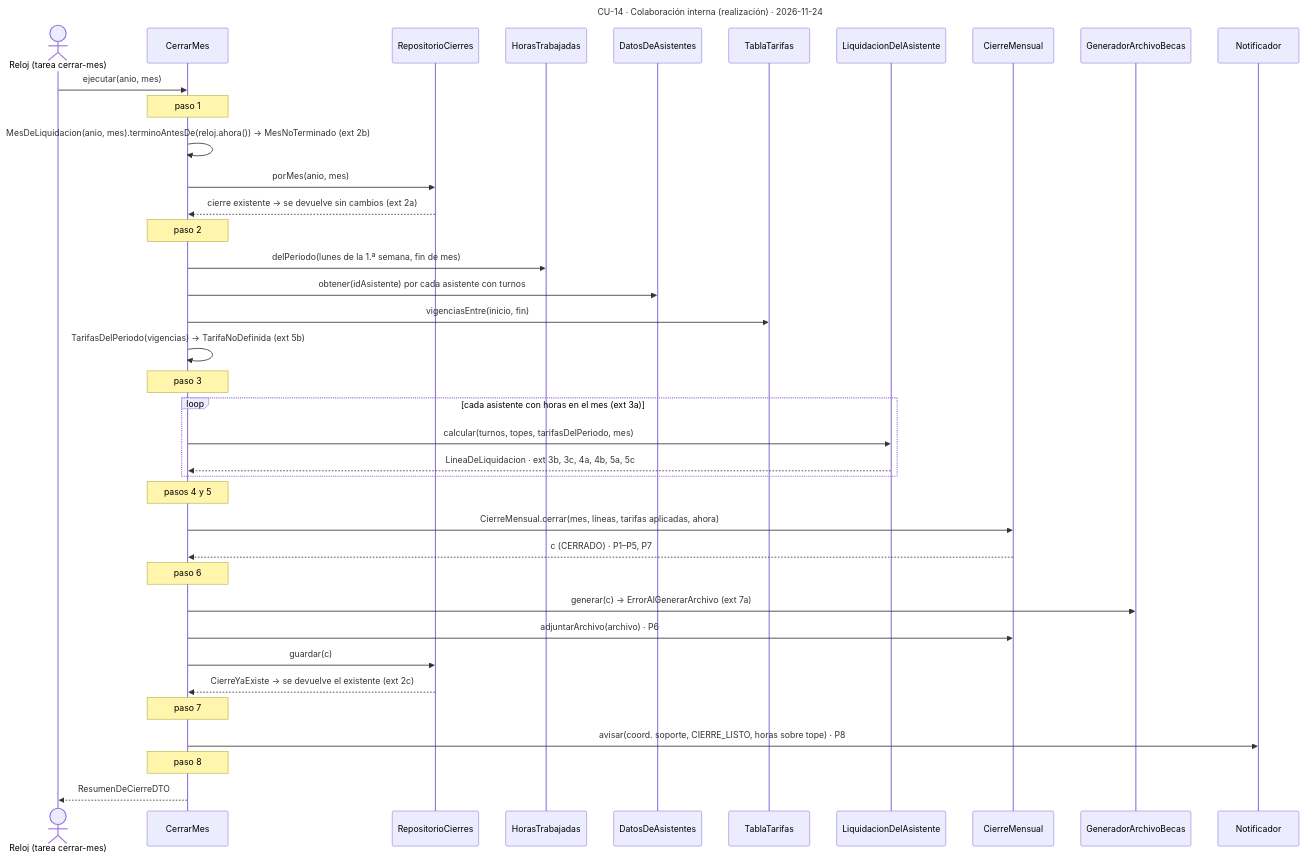
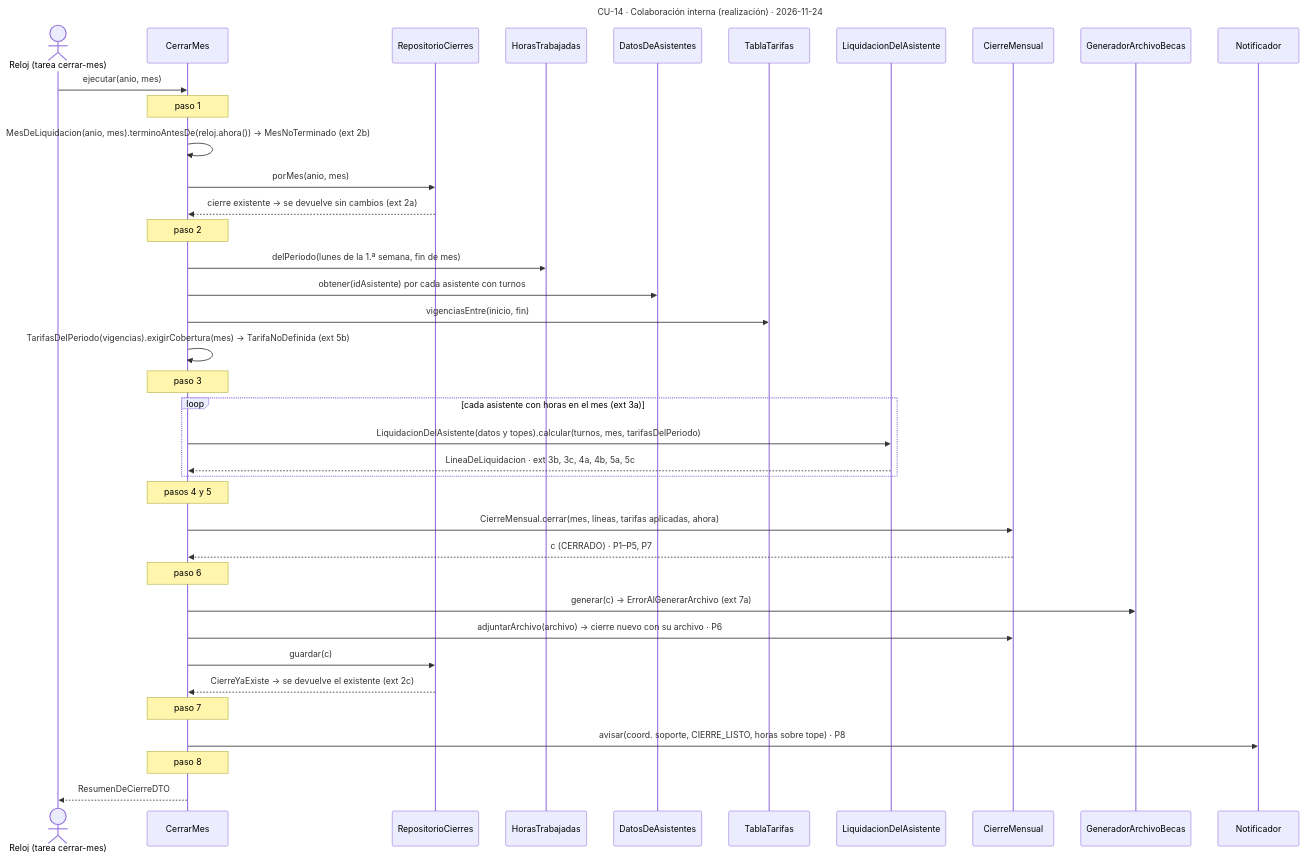
Before and after one commit to DiegoBS07/administracion-de-laboratorios-compulab: the third of 5 diagrams in docs/10-comportamiento.md, drawn with Mermaid. The commit also changed 9 other files, not shown here.

Commit message:
generador del archivo CSV para Becas y Tests para probar las implementaciones del cierre del mes y generador de CSV.

````diff
--- a/docs/10-comportamiento.md
+++ b/docs/10-comportamiento.md
@@ -156,44 +156,44 @@
 ```mermaid
 ---
 title: CU-14 · Colaboración interna (realización) · 2026-11-24
 ---
 sequenceDiagram
     actor R as Reloj (tarea cerrar-mes)
     participant UC as CerrarMes
     participant RC as RepositorioCierres
     participant HT as HorasTrabajadas
     participant DA as DatosDeAsistentes
     participant TT as TablaTarifas
     participant L as LiquidacionDelAsistente
     participant C as CierreMensual
     participant G as GeneradorArchivoBecas
     participant N as Notificador
 
     R->>UC: ejecutar(anio, mes)
     Note over UC: paso 1
     UC->>UC: MesDeLiquidacion(anio, mes).terminoAntesDe(reloj.ahora()) → MesNoTerminado (ext 2b)
     UC->>RC: porMes(anio, mes)
     RC-->>UC: cierre existente → se devuelve sin cambios (ext 2a)
     Note over UC: paso 2
     UC->>HT: delPeriodo(lunes de la 1.ª semana, fin de mes)
     UC->>DA: obtener(idAsistente) por cada asistente con turnos
     UC->>TT: vigenciasEntre(inicio, fin)
-    UC->>UC: TarifasDelPeriodo(vigencias) → TarifaNoDefinida (ext 5b)
+    UC->>UC: TarifasDelPeriodo(vigencias).exigirCobertura(mes) → TarifaNoDefinida (ext 5b)
     Note over UC: paso 3
     loop cada asistente con horas en el mes (ext 3a)
-        UC->>L: calcular(turnos, topes, tarifasDelPeriodo, mes)
+        UC->>L: LiquidacionDelAsistente(datos y topes).calcular(turnos, mes, tarifasDelPeriodo)
         L-->>UC: LineaDeLiquidacion · ext 3b, 3c, 4a, 4b, 5a, 5c
     end
     Note over UC: pasos 4 y 5
     UC->>C: CierreMensual.cerrar(mes, líneas, tarifas aplicadas, ahora)
     C-->>UC: c (CERRADO) · P1–P5, P7
     Note over UC: paso 6
     UC->>G: generar(c) → ErrorAlGenerarArchivo (ext 7a)
-    UC->>C: adjuntarArchivo(archivo) · P6
+    UC->>C: adjuntarArchivo(archivo) → cierre nuevo con su archivo · P6
     UC->>RC: guardar(c)
     RC-->>UC: CierreYaExiste → se devuelve el existente (ext 2c)
     Note over UC: paso 7
     UC->>N: avisar(coord. soporte, CIERRE_LISTO, horas sobre tope) · P8
     Note over UC: paso 8
     UC-->>R: ResumenDeCierreDTO
 ```
````
